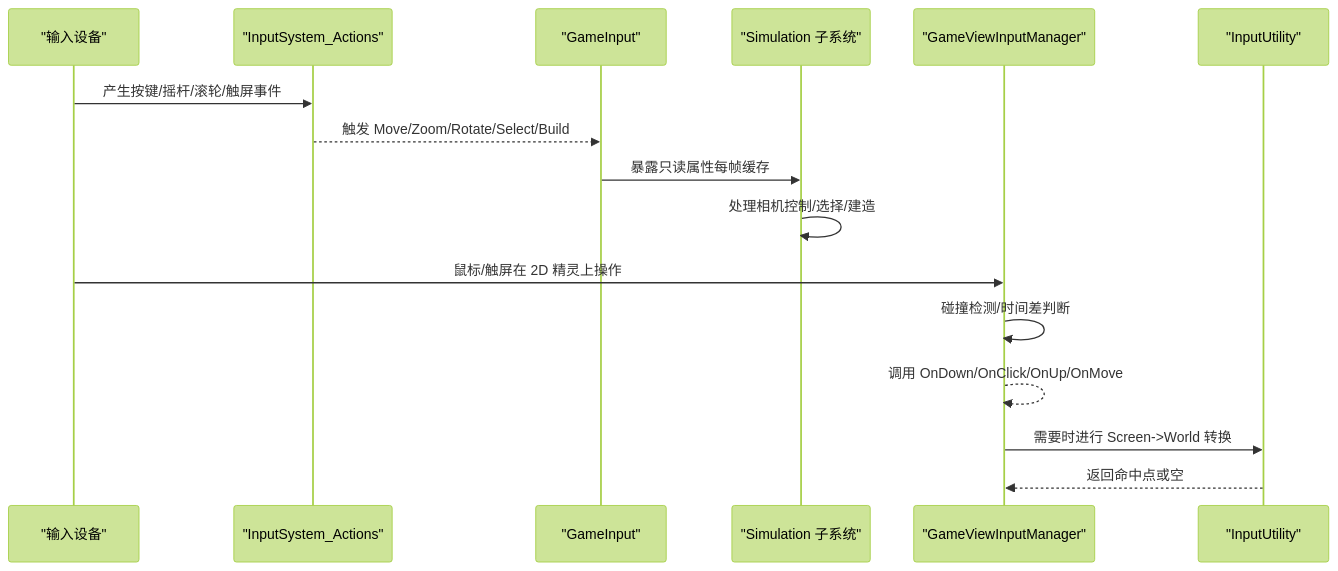
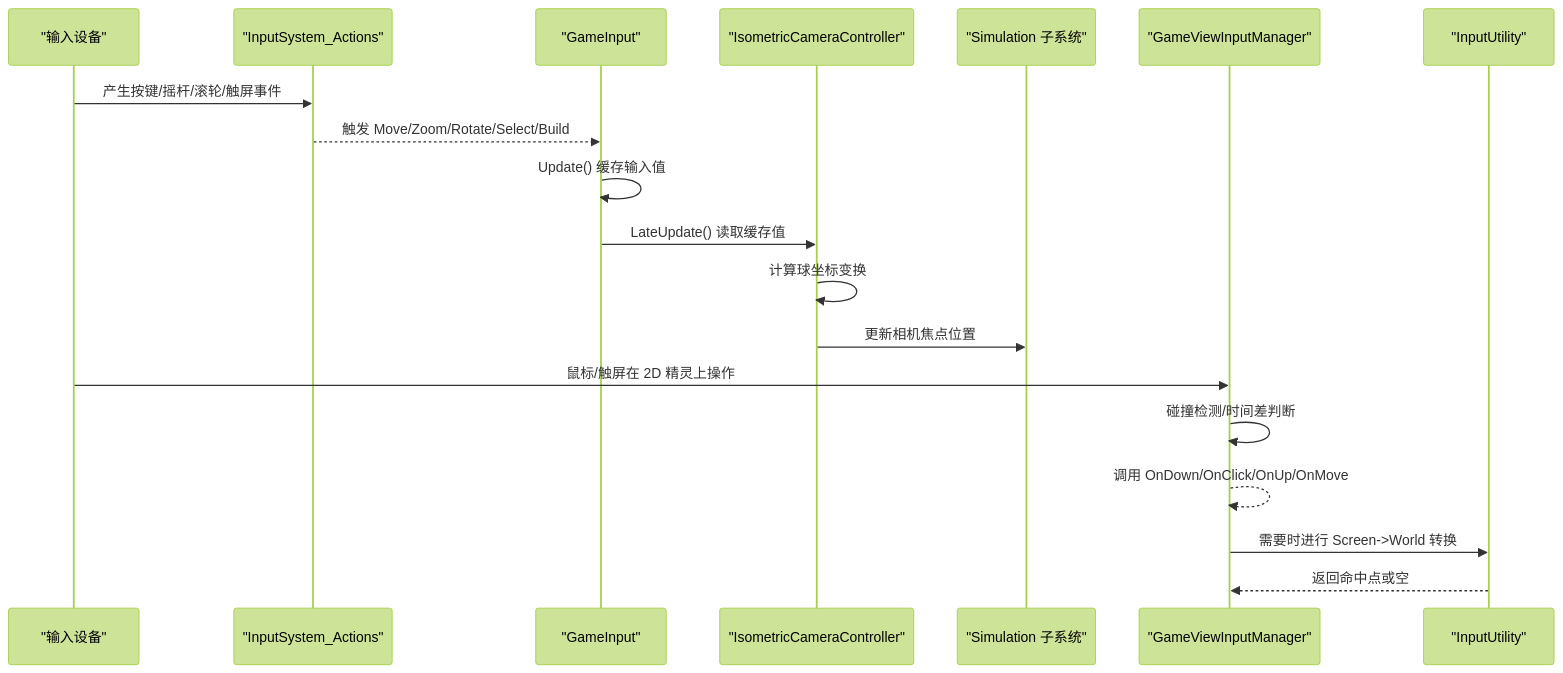
Before and after one commit to MOYVSH/SimulationClient: the second of 8 diagrams in .qoder/repowiki/zh/content/核心系统/游戏输入系统.md, drawn with Mermaid (forest theme). The commit also changed other lines of this file and 61 other files, not shown here.

````diff
--- a/.qoder/repowiki/zh/content/核心系统/游戏输入系统.md
+++ b/.qoder/repowiki/zh/content/核心系统/游戏输入系统.md
@@ -79,18 +96,21 @@
 ```mermaid
 sequenceDiagram
 participant Dev as "输入设备"
 participant IS as "InputSystem_Actions"
 participant GI as "GameInput"
+participant ICC as "IsometricCameraController"
 participant Sim as "Simulation 子系统"
 participant GM as "GameViewInputManager"
 participant IU as "InputUtility"
 Dev->>IS : 产生按键/摇杆/滚轮/触屏事件
 IS-->>GI : 触发 Move/Zoom/Rotate/Select/Build
-GI->>Sim : 暴露只读属性每帧缓存
-Sim->>Sim : 处理相机控制/选择/建造
+GI->>GI : Update() 缓存输入值
+GI->>ICC : LateUpdate() 读取缓存值
+ICC->>ICC : 计算球坐标变换
+ICC->>Sim : 更新相机焦点位置
 Dev->>GM : 鼠标/触屏在 2D 精灵上操作
 GM->>GM : 碰撞检测/时间差判断
 GM-->>GM : 调用 OnDown/OnClick/OnUp/OnMove
 GM->>IU : 需要时进行 Screen->World 转换
 IU-->>GM : 返回命中点或空
 ```
````
